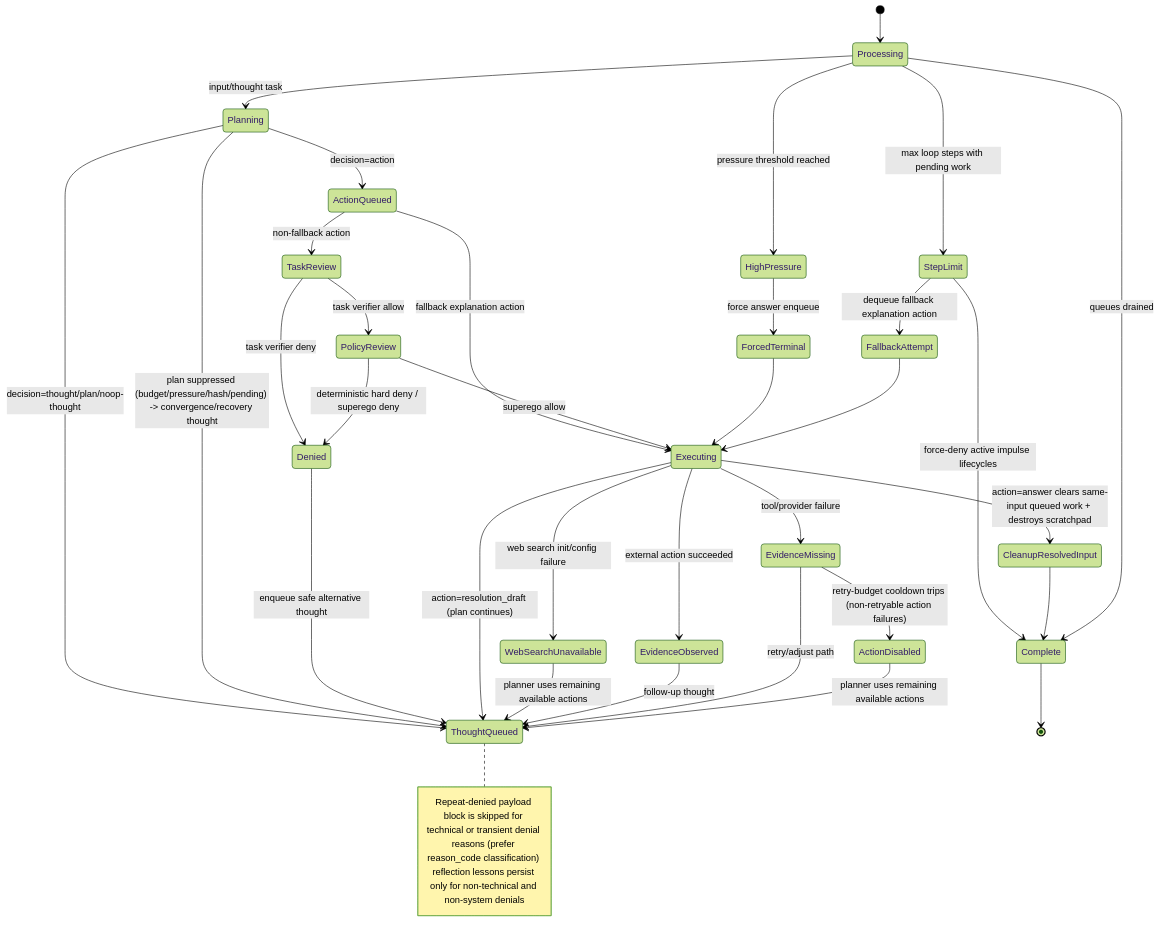
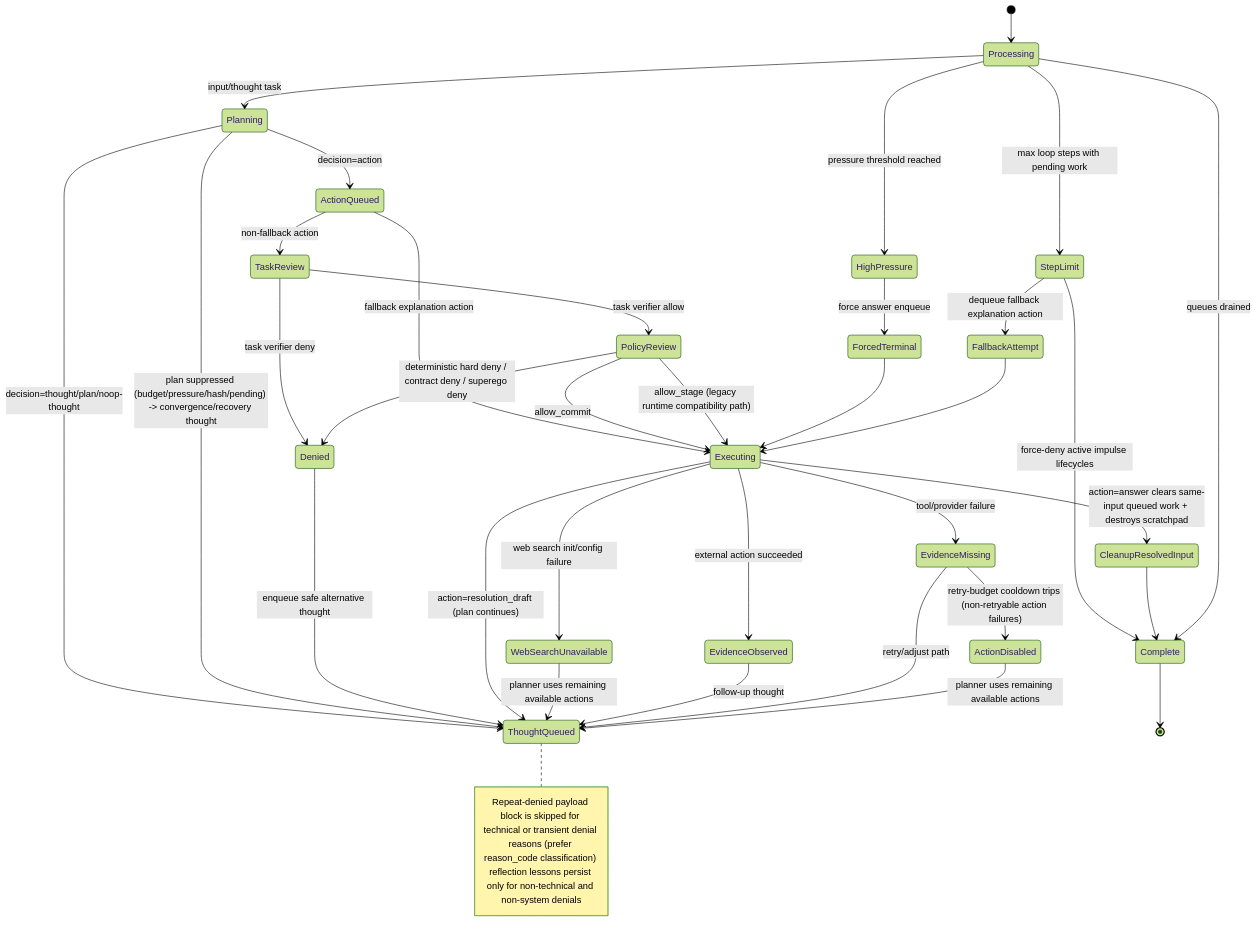
Before and after one commit to neopsyke/NeoPsyke: the sixth of 7 diagrams in AGENT_LOGIC_DIAGRAM.md, drawn with Mermaid (forest theme). The commit also changed 10 other files, not shown here.

````diff
--- a/AGENT_LOGIC_DIAGRAM.md
+++ b/AGENT_LOGIC_DIAGRAM.md
@@ -285,43 +285,44 @@
 ```mermaid
 stateDiagram-v2
     [*] --> Processing
 
     Processing --> Planning: input/thought task
     Planning --> ActionQueued: decision=action
     Planning --> ThoughtQueued: decision=thought/plan/noop-thought
     Planning --> ThoughtQueued: plan suppressed (budget/pressure/hash/pending) -> convergence/recovery thought
 
     ActionQueued --> TaskReview: non-fallback action
     ActionQueued --> Executing: fallback explanation action
     TaskReview --> Denied: task verifier deny
 
     TaskReview --> PolicyReview: task verifier allow
-    PolicyReview --> Denied: deterministic hard deny / superego deny
+    PolicyReview --> Denied: deterministic hard deny / contract deny / superego deny
     Denied --> ThoughtQueued: enqueue safe alternative thought
     Note right of ThoughtQueued: Repeat-denied payload block is skipped for technical or transient denial reasons (prefer reason_code classification) reflection lessons persist only for non-technical and non-system denials
 
-    PolicyReview --> Executing: superego allow
+    PolicyReview --> Executing: allow_commit
+    PolicyReview --> Executing: allow_stage (legacy runtime compatibility path)
     Executing --> ThoughtQueued: action=resolution_draft (plan continues)
     Executing --> EvidenceObserved: external action succeeded
     Executing --> EvidenceMissing: tool/provider failure
     Executing --> WebSearchUnavailable: web search init/config failure
     WebSearchUnavailable --> ThoughtQueued: planner uses remaining available actions
     EvidenceObserved --> ThoughtQueued: follow-up thought
     EvidenceMissing --> ThoughtQueued: retry/adjust path
     EvidenceMissing --> ActionDisabled: retry-budget cooldown trips (non-retryable action failures)
     ActionDisabled --> ThoughtQueued: planner uses remaining available actions
 
     Processing --> HighPressure: pressure threshold reached
     HighPressure --> ForcedTerminal: force answer enqueue
     ForcedTerminal --> Executing
 
     Processing --> StepLimit: max loop steps with pending work
     StepLimit --> FallbackAttempt: dequeue fallback explanation action
     StepLimit --> Complete: force-deny active impulse lifecycles
     FallbackAttempt --> Executing
 
     Executing --> CleanupResolvedInput: action=answer clears same-input queued work + destroys scratchpad
     CleanupResolvedInput --> Complete
     Processing --> Complete: queues drained
     Complete --> [*]
 ```
````
